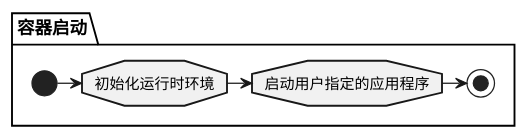
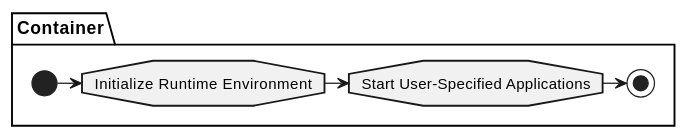
The second of 2 diagrams in src/en/_posts/container/2021-04-01-How To Build Image-从 0 开始带你徒手构建 Docker 镜像.md (shabbywu/blog), drawn with PlantUML before and after one commit. The commit also changed other lines of this file and 5 other files, not shown here.

````diff
--- a/src/en/_posts/container/2021-04-01-How To Build Image-从 0 开始带你徒手构建 Docker 镜像.md
+++ b/src/en/_posts/container/2021-04-01-How To Build Image-从 0 开始带你徒手构建 Docker 镜像.md
@@ -130,10 +133,10 @@
 ```plantuml
 @startuml
 skinparam activityShape octagon
-partition 容器启动 {
-(*) -> 初始化运行时环境
--> 启动用户指定的应用程序
+partition Container Startup {
+(*) -> Initialize Runtime Environment
+-> Start User-Specified Applications
 -> (*)
 }
 @enduml
 ```
````
